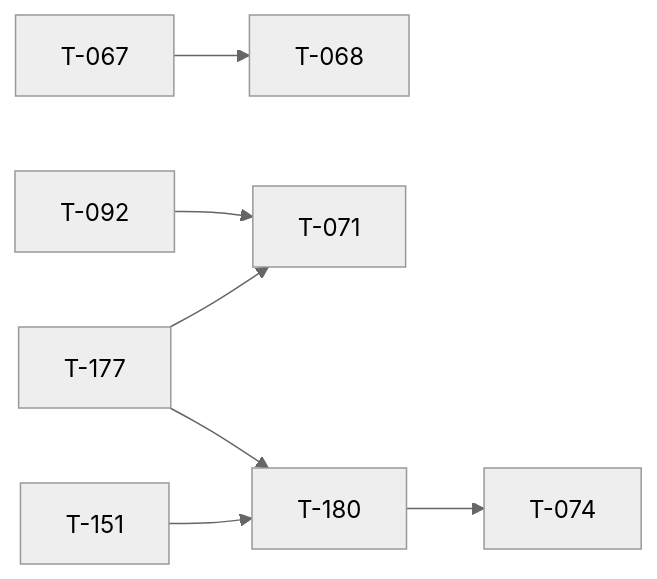
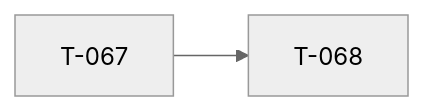
Before and after one commit to darkforce09/TBD-reforger: the diagram in docs/TICKET_LEAD.md, drawn with Mermaid (neutral theme). The commit also changed other lines of this file and 18 other files, not shown here.

````diff
--- a/docs/TICKET_LEAD.md
+++ b/docs/TICKET_LEAD.md
@@ -31,9 +30,4 @@
 ```mermaid
 flowchart LR
   T067[T-067] --> T068[T-068]
-  T092[T-092] --> T071[T-071]
-  T177[T-177] --> T071[T-071]
-  T180[T-180] --> T074[T-074]
-  T177[T-177] --> T180[T-180]
-  T151[T-151] --> T180[T-180]
 ```
````
